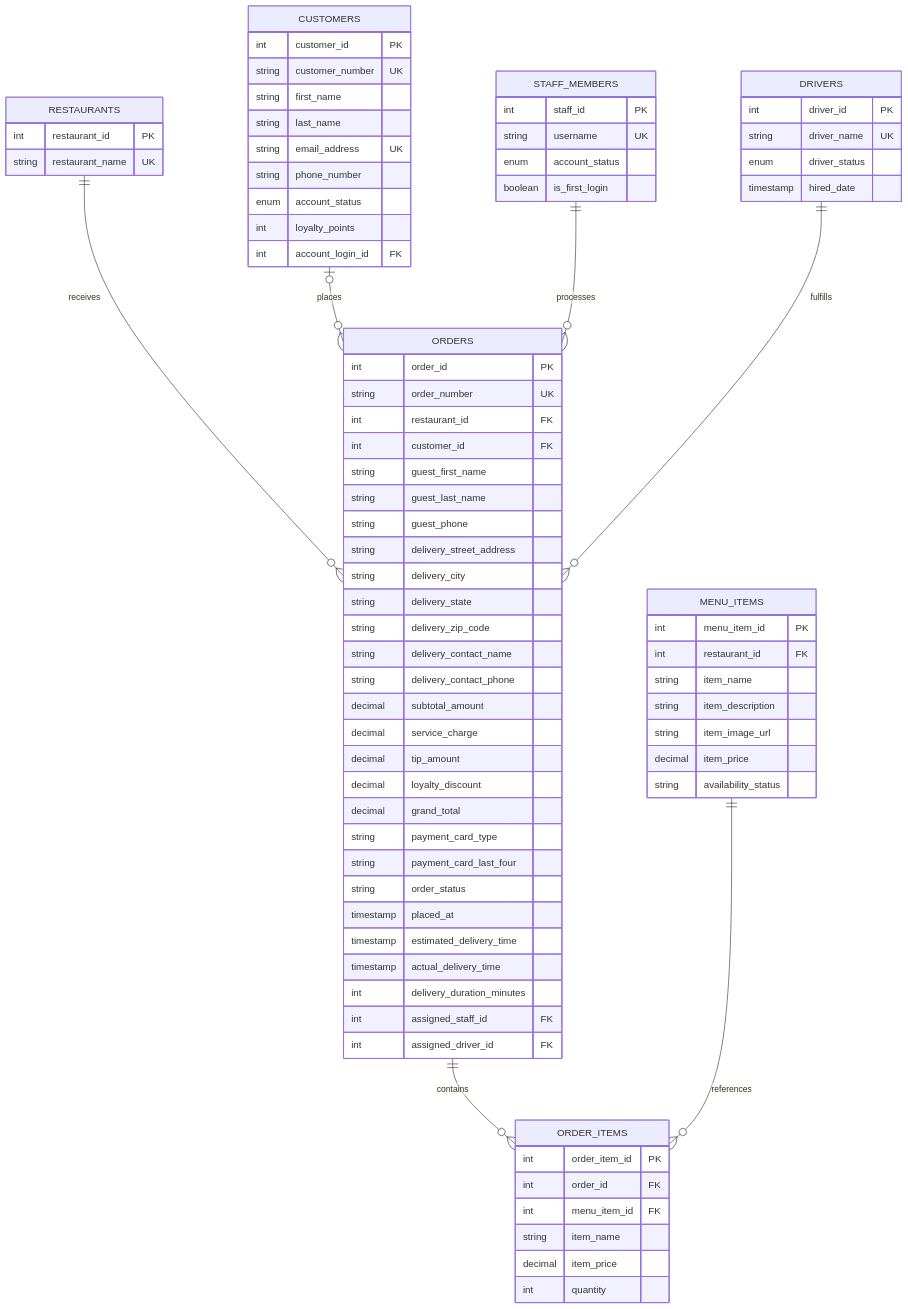
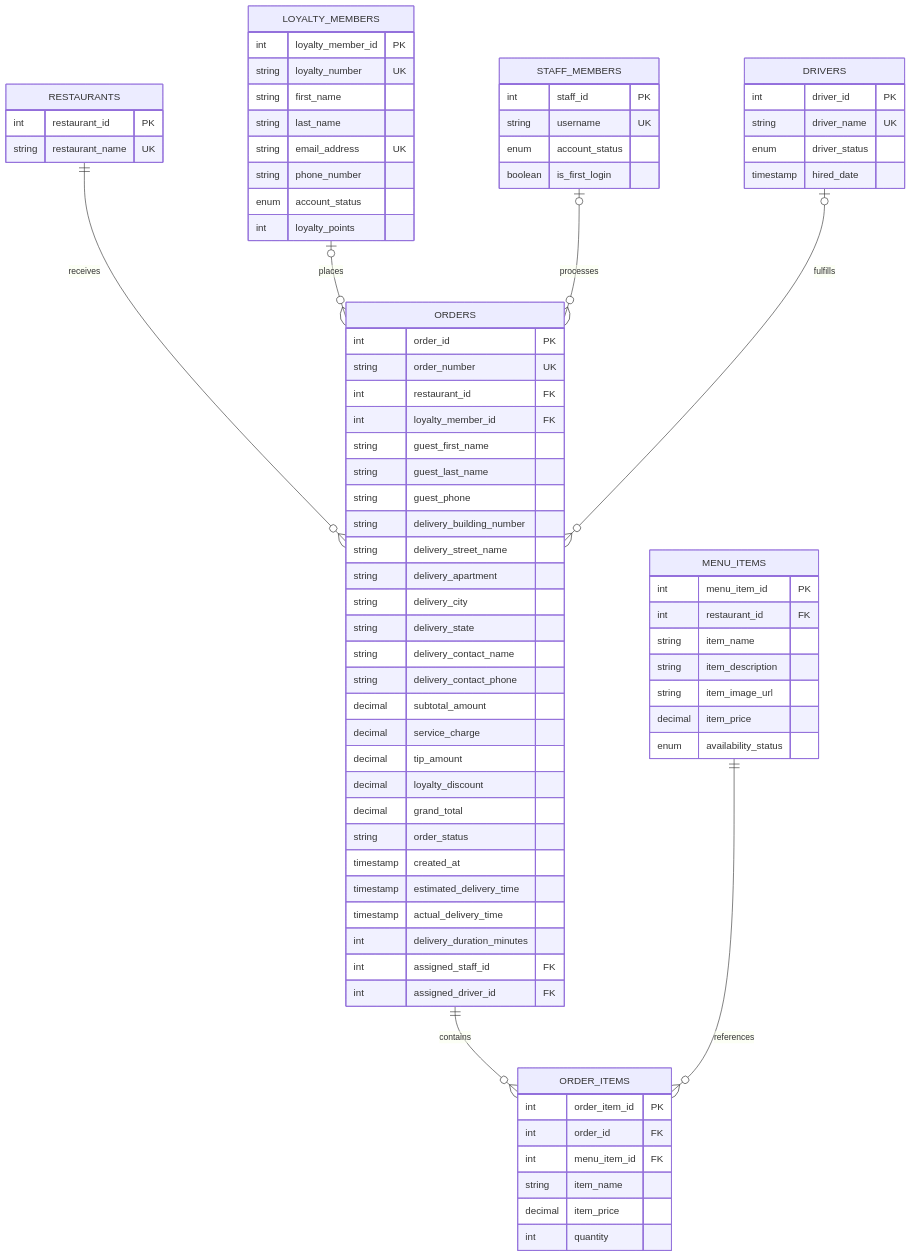
One commit to kassi-bertrand/frontdash changed the third of 4 diagrams in docs/frontdash-database-design.md. Above: the diagram before and after it, drawn with Mermaid. The commit also changed other lines of this file, not shown here.

````diff
--- a/docs/frontdash-database-design.md
+++ b/docs/frontdash-database-design.md
@@ -466,15 +463,14 @@
 ```mermaid
 erDiagram
-  CUSTOMERS {
-    int customer_id PK
-    string customer_number UK
+  LOYALTY_MEMBERS {
+    int loyalty_member_id PK
+    string loyalty_number UK
     string first_name
     string last_name
     string email_address UK
     string phone_number
     enum account_status
     int loyalty_points
-    int account_login_id FK
   }
 
   RESTAURANTS {
@@ -489,7 +485,7 @@
     string item_description
     string item_image_url
     decimal item_price
-    string availability_status
+    enum availability_status
   }
 
   STAFF_MEMBERS {
@@ -510,14 +506,15 @@
     int order_id PK
     string order_number UK
     int restaurant_id FK
-    int customer_id FK
+    int loyalty_member_id FK
     string guest_first_name
     string guest_last_name
     string guest_phone
-    string delivery_street_address
+    string delivery_building_number
+    string delivery_street_name
+    string delivery_apartment
     string delivery_city
     string delivery_state
-    string delivery_zip_code
     string delivery_contact_name
     string delivery_contact_phone
     decimal subtotal_amount
@@ -525,10 +522,8 @@
     decimal tip_amount
     decimal loyalty_discount
     decimal grand_total
-    string payment_card_type
-    string payment_card_last_four
     string order_status
-    timestamp placed_at
+    timestamp created_at
     timestamp estimated_delivery_time
     timestamp actual_delivery_time
     int delivery_duration_minutes
@@ -545,10 +540,10 @@
     int quantity
   }
 
-  RESTAURANTS  ||--o{ ORDERS      : receives
-  CUSTOMERS   o|--o{ ORDERS      : places
+  RESTAURANTS      ||--o{ ORDERS      : receives
+  LOYALTY_MEMBERS o|--o{ ORDERS  : places
   ORDERS      ||--o{ ORDER_ITEMS : contains
   MENU_ITEMS  ||--o{ ORDER_ITEMS : references
-  STAFF_MEMBERS ||--o{ ORDERS    : processes
-  DRIVERS       ||--o{ ORDERS    : fulfills
+  STAFF_MEMBERS |o--o{ ORDERS    : processes
+  DRIVERS       |o--o{ ORDERS    : fulfills
 ```
````
